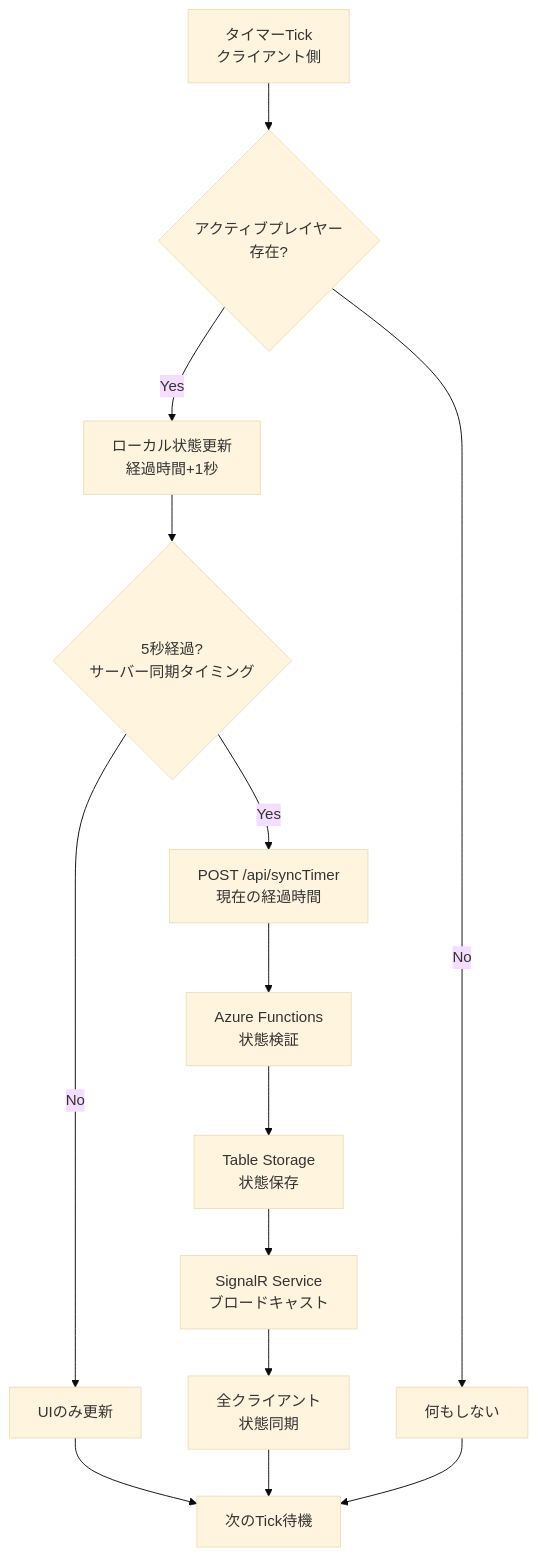
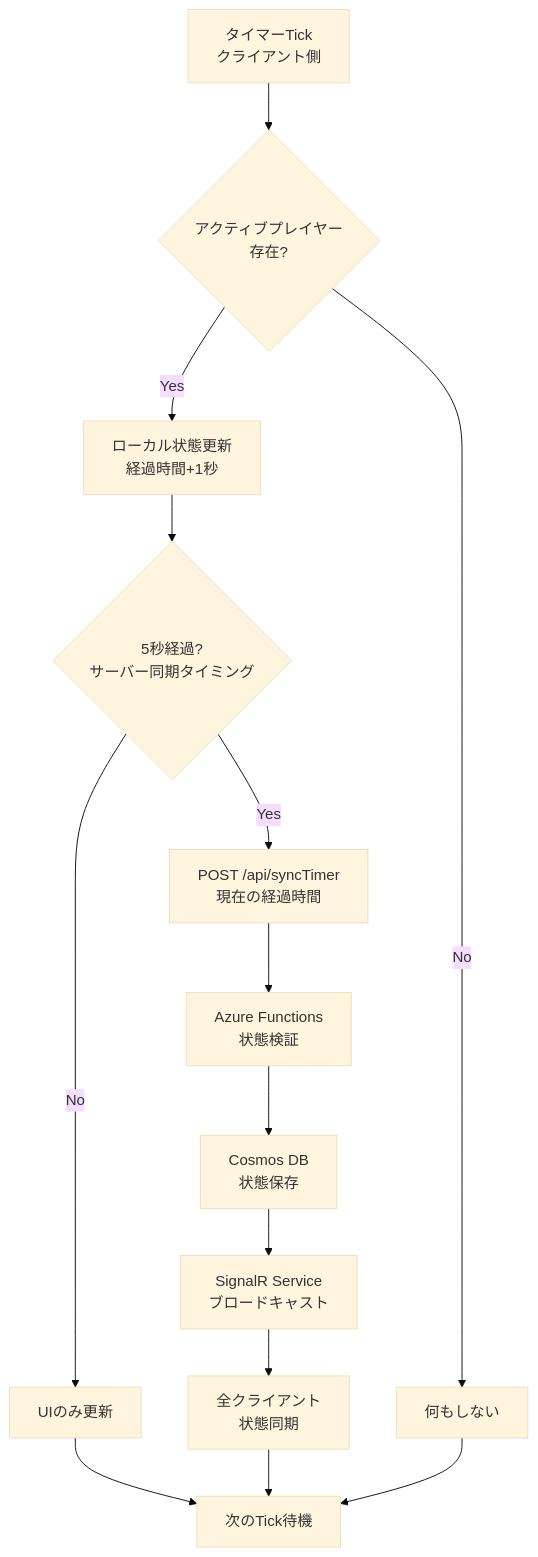
The third of 4 diagrams in .kiro/specs/multiplayer-game-timer/design.md (Jillrinn/tickTackFour), drawn with Mermaid (base theme) before and after one commit. The commit also changed other lines of this file and 1 other file, not shown here.

First line of the commit message:
Update storage backend from Table Storage to Cosmos DB Free Tier

````diff
--- a/.kiro/specs/multiplayer-game-timer/design.md
+++ b/.kiro/specs/multiplayer-game-timer/design.md
@@ -187,16 +189,16 @@
 ```mermaid
 flowchart TD
     A[タイマーTick<br/>クライアント側] --> B{アクティブプレイヤー<br/>存在?}
     B -->|Yes| C[ローカル状態更新<br/>経過時間+1秒]
     B -->|No| Z[何もしない]
     C --> D{5秒経過?<br/>サーバー同期タイミング}
     D -->|No| E[UIのみ更新]
     D -->|Yes| F[POST /api/syncTimer<br/>現在の経過時間]
     F --> G[Azure Functions<br/>状態検証]
-    G --> H[Table Storage<br/>状態保存]
+    G --> H[Cosmos DB<br/>状態保存]
     H --> I[SignalR Service<br/>ブロードキャスト]
     I --> J[全クライアント<br/>状態同期]
     E --> K[次のTick待機]
     J --> K
     Z --> K
 ```
````
